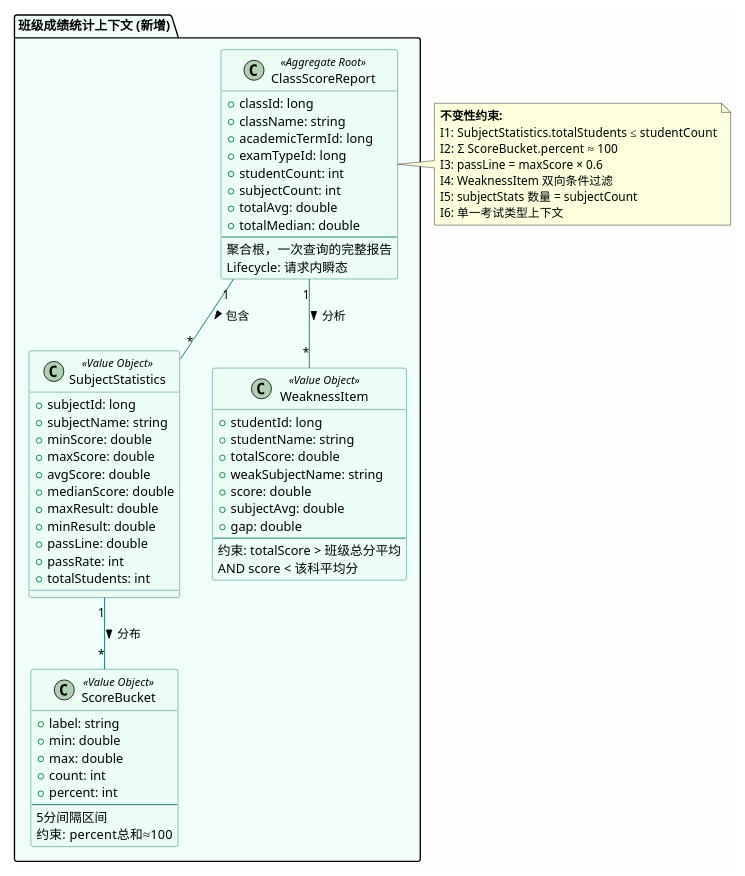
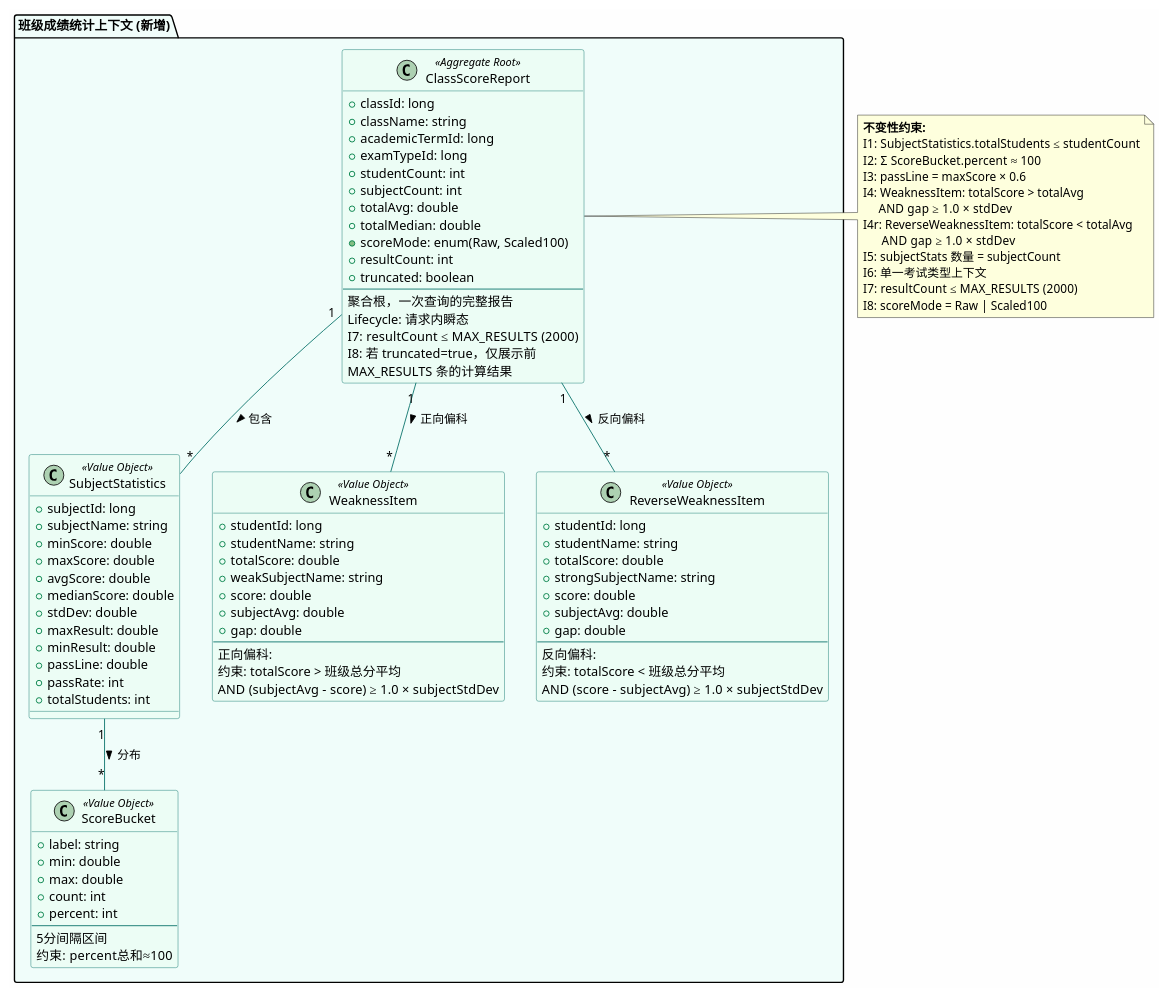
One commit to fan807017570/xinshi-admin-backend changed the second of 10 diagrams in doc/class-stats-design.md. Above: the diagram before and after it, drawn with PlantUML. The commit also changed other lines of this file and 62 other files, not shown here.

```diff
--- a/doc/class-stats-design.md
+++ b/doc/class-stats-design.md
@@ -161,9 +166,15 @@
     + subjectCount: int
     + totalAvg: double
     + totalMedian: double
+    + scoreMode: enum(Raw, Scaled100)
+    + resultCount: int
+    + truncated: boolean
     --
     聚合根，一次查询的完整报告
     Lifecycle: 请求内瞬态
+    I7: resultCount ≤ MAX_RESULTS (2000)
+    I8: 若 truncated=true，仅展示前
+        MAX_RESULTS 条的计算结果
   }
 
   class SubjectStatistics <<Value Object>> {
@@ -173,6 +184,7 @@
     + maxScore: double
     + avgScore: double
     + medianScore: double
+    + stdDev: double
     + maxResult: double
     + minResult: double
     + passLine: double
@@ -200,23 +212,44 @@
     + subjectAvg: double
     + gap: double
     --
+    正向偏科:
     约束: totalScore > 班级总分平均
-      AND score < 该科平均分
+      AND (subjectAvg - score) ≥ 1.0 × subjectStdDev
+  }
+
+  class ReverseWeaknessItem <<Value Object>> {
+    + studentId: long
+    + studentName: string
+    + totalScore: double
+    + strongSubjectName: string
+    + score: double
+    + subjectAvg: double
+    + gap: double
+    --
+    反向偏科:
+    约束: totalScore < 班级总分平均
+      AND (score - subjectAvg) ≥ 1.0 × subjectStdDev
   }
 }
 
 ClassScoreReport "1" -- "*" SubjectStatistics : 包含 >
 SubjectStatistics "1" -- "*" ScoreBucket : 分布 >
-ClassScoreReport "1" -- "*" WeaknessItem : 分析 >
+ClassScoreReport "1" -- "*" WeaknessItem : 正向偏科 >
+ClassScoreReport "1" -- "*" ReverseWeaknessItem : 反向偏科 >
 
 note right of ClassScoreReport
   <b>不变性约束:</b>
   I1: SubjectStatistics.totalStudents ≤ studentCount
   I2: Σ ScoreBucket.percent ≈ 100
   I3: passLine = maxScore × 0.6
-  I4: WeaknessItem 双向条件过滤
+  I4: WeaknessItem: totalScore > totalAvg
+       AND gap ≥ 1.0 × stdDev
+  I4r: ReverseWeaknessItem: totalScore < totalAvg
+        AND gap ≥ 1.0 × stdDev
   I5: subjectStats 数量 = subjectCount
   I6: 单一考试类型上下文
+  I7: resultCount ≤ MAX_RESULTS (2000)
+  I8: scoreMode = Raw | Scaled100
 end note
 
 @enduml
```
